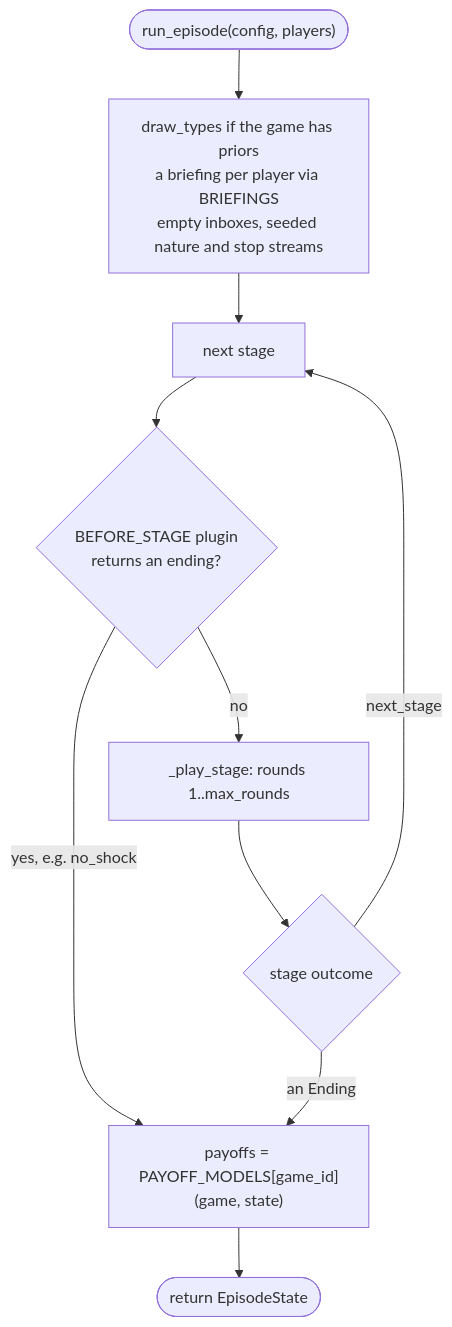
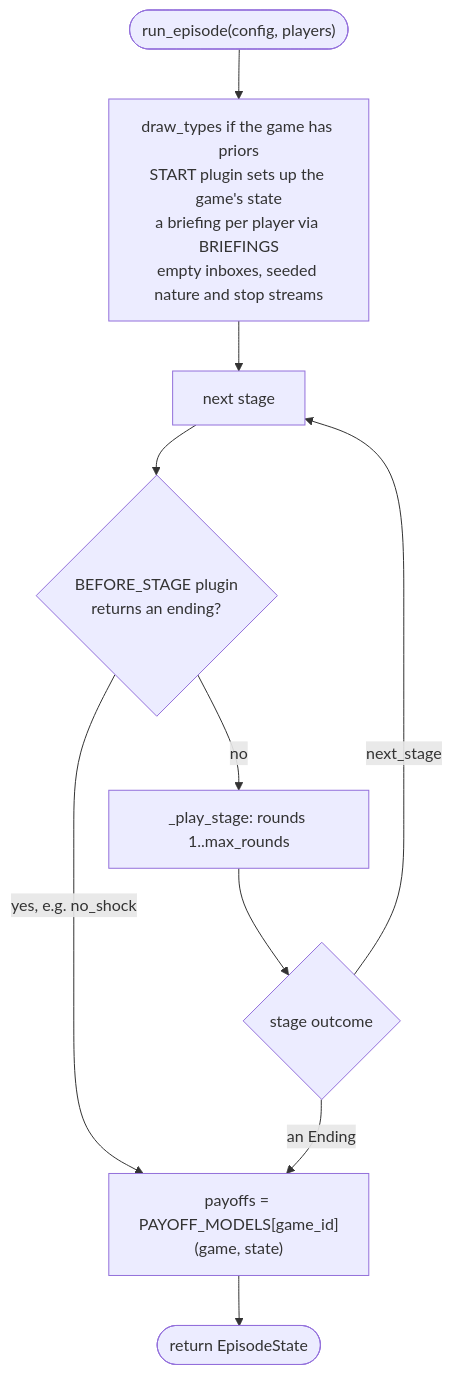
The fifth of 15 diagrams in docs/architecture.md (CarlosGIbanez/SPAR-Harness-Strategic-Interaction-Agents), drawn with Mermaid before and after one commit. The commit also changed other lines of this file and 1 other file, not shown here.

Commit message:
Update README and architecture.md to reflect new unification

````diff
--- a/docs/architecture.md
+++ b/docs/architecture.md
@@ -289,12 +310,12 @@
 ```mermaid
 flowchart TD
-    start(["run_episode(config, players)"]) --> init["draw_types if the game has priors<br/>a briefing per player via BRIEFINGS<br/>empty inboxes, seeded nature and stop streams"]
+    start(["run_episode(config, players)"]) --> init["draw_types if the game has priors<br/>START plugin sets up the game's state<br/>a briefing per player via BRIEFINGS<br/>empty inboxes, seeded nature and stop streams"]
     init --> stage["next stage"]
     stage --> nature{"BEFORE_STAGE plugin<br/>returns an ending?"}
     nature -- "yes, e.g. no_shock" --> pay
     nature -- "no" --> play["_play_stage: rounds 1..max_rounds"]
     play --> outcome{"stage outcome"}
     outcome -- "next_stage" --> stage
     outcome -- "an Ending" --> pay
     pay["payoffs = PAYOFF_MODELS[game_id](game, state)"] --> done(["return EpisodeState"])
 ```
````
